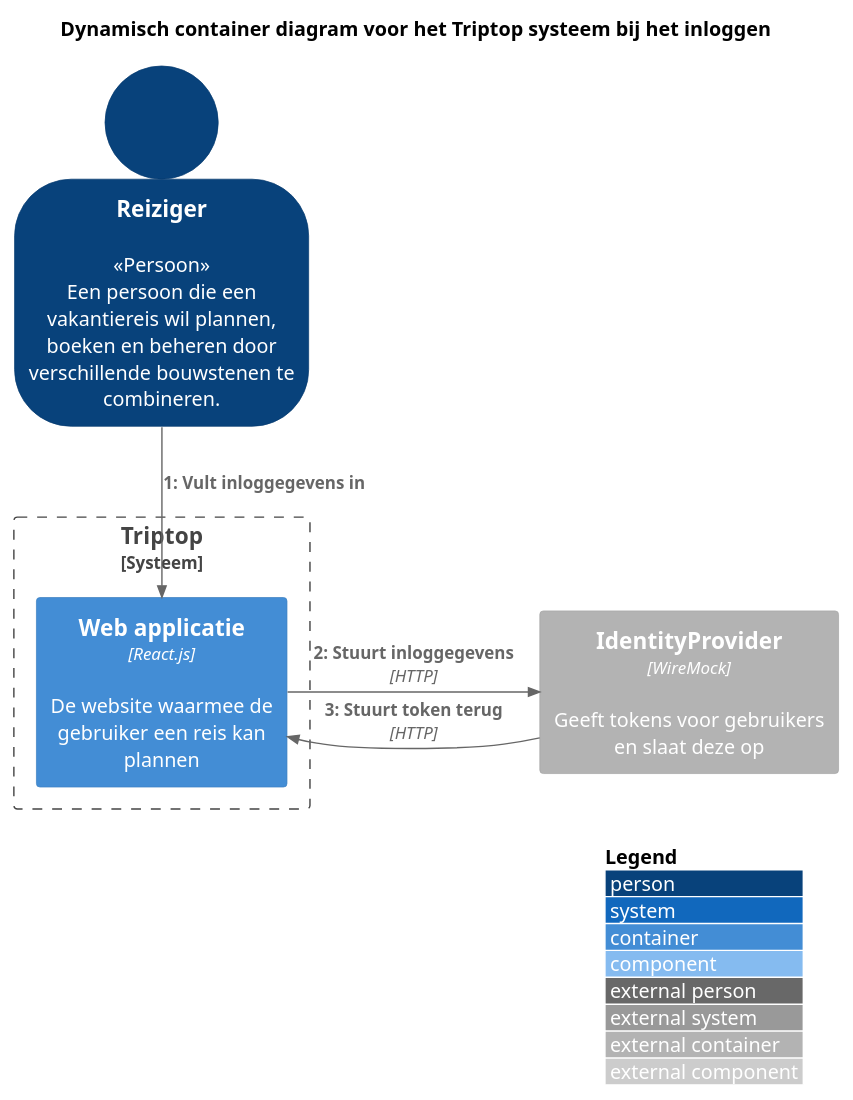
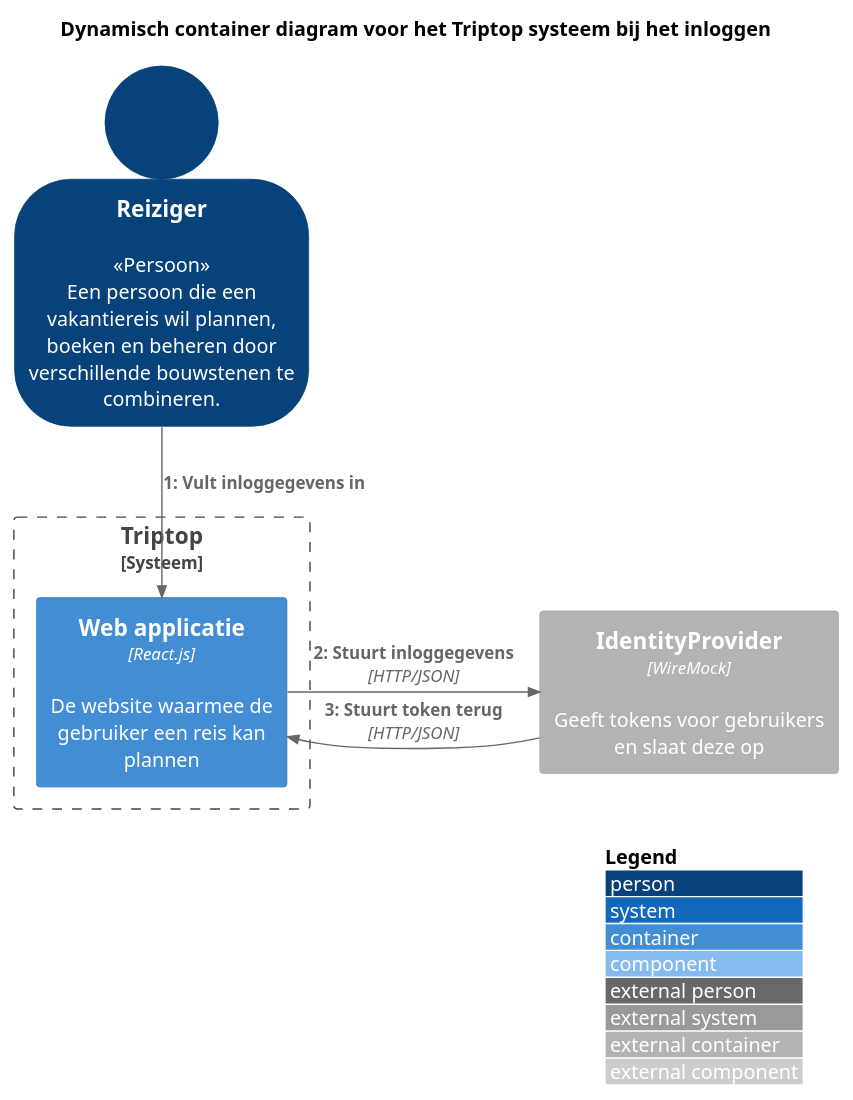
Before and after one commit to AIM-ENE-feb25/triptop-groep-1-met-third-wheel: the diagram in diagram/container/TripTopSystemDynamicContainerDiagramInloggen.puml, drawn with PlantUML. The commit also changed 5 other files, not shown here.

```diff
--- a/diagram/container/TripTopSystemDynamicContainerDiagramInloggen.puml
+++ b/diagram/container/TripTopSystemDynamicContainerDiagramInloggen.puml
@@ -1,21 +1,21 @@
 @startuml "Container diagram voor het Triptop systeem"
 !include https://raw.githubusercontent.com/plantuml-stdlib/C4-PlantUML/master/C4_Container.puml
 !include https://raw.githubusercontent.com/plantuml-stdlib/C4-PlantUML/master/C4_Dynamic.puml
 SHOW_PERSON_OUTLINE()
 LAYOUT_WITH_LEGEND()
 
 title "Dynamisch container diagram voor het Triptop systeem bij het inloggen"
 Person(traveler, "Reiziger", "<<Persoon>>\nEen persoon die een vakantiereis wil plannen, boeken en beheren door verschillende bouwstenen te combineren.")
 
 Boundary(system, "Triptop", "Systeem") {
     Container(frontend, "Web applicatie", "React.js", "De website waarmee de gebruiker een reis kan plannen")
 }
 
 
 Container_Ext(identity, "IdentityProvider", "WireMock", "Geeft tokens voor gebruikers en slaat deze op")
 
 Rel_Down(traveler, frontend, "Vult inloggegevens in")
-Rel_Right(frontend, identity, "Stuurt inloggegevens", "HTTP")
-Rel_Left(identity, frontend, "Stuurt token terug", "HTTP")
+Rel_Right(frontend, identity, "Stuurt inloggegevens", "HTTP/JSON")
+Rel_Left(identity, frontend, "Stuurt token terug", "HTTP/JSON")
 
 @enduml
```
